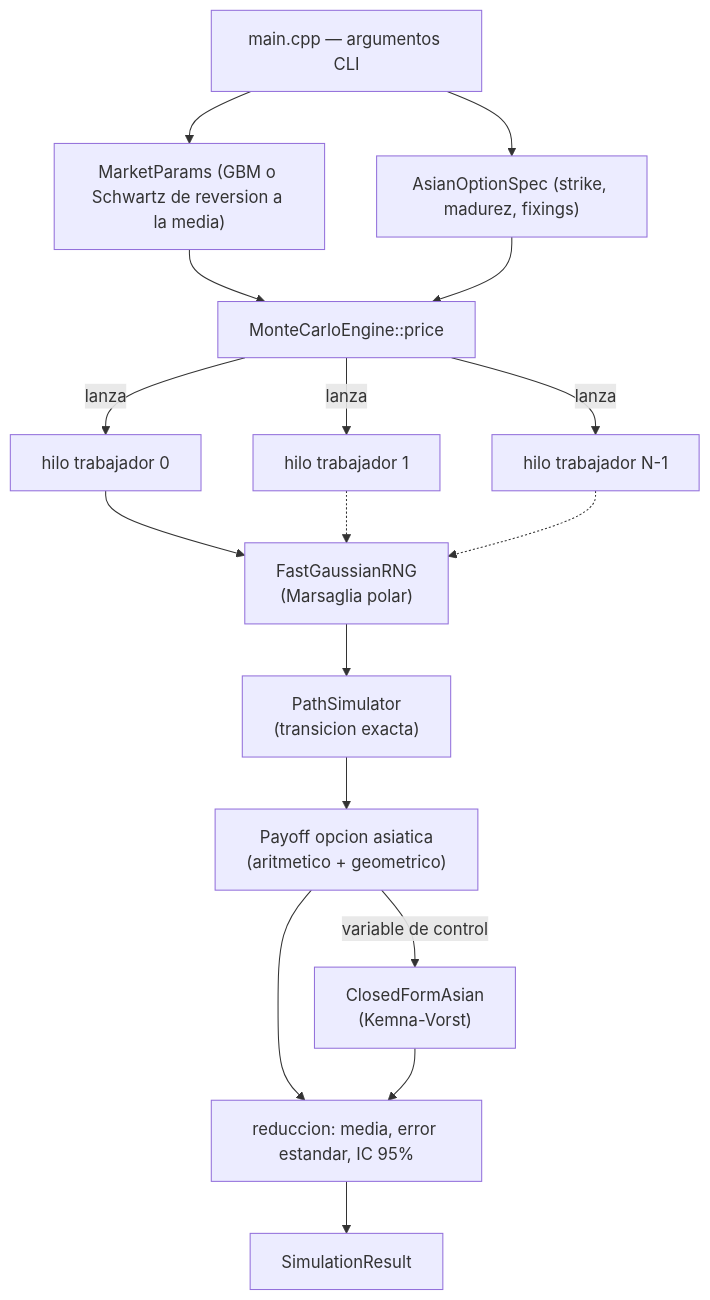
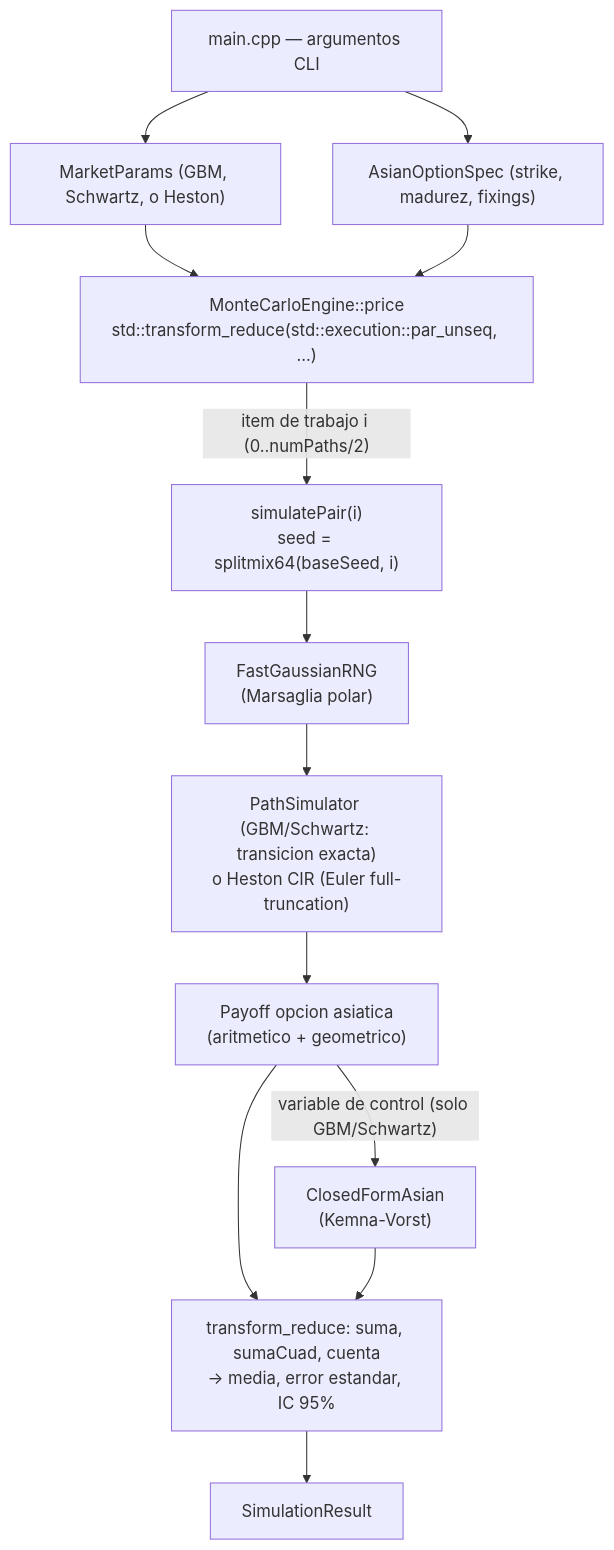
One commit to Rxyxs/copper-options-montecarlo-cpp changed the diagram in README.es.md. Above: the diagram before and after it, drawn with Mermaid. The commit also changed other lines of this file and 8 other files, not shown here.

Commit message:
feat: parallelize Monte Carlo with C++20 std::execution::par_unseq and add Heston stochastic volatility

````diff
--- a/README.es.md
+++ b/README.es.md
@@ -47,19 +51,15 @@
 ```mermaid
 flowchart TD
-    CLI["main.cpp — argumentos CLI"] --> MP["MarketParams (GBM o Schwartz de reversion a la media)"]
+    CLI["main.cpp — argumentos CLI"] --> MP["MarketParams (GBM, Schwartz, o Heston)"]
     CLI --> SPEC["AsianOptionSpec (strike, madurez, fixings)"]
     MP --> ENGINE
-    SPEC --> ENGINE["MonteCarloEngine::price"]
-    ENGINE -->|lanza| T1["hilo trabajador 0"]
-    ENGINE -->|lanza| T2["hilo trabajador 1"]
-    ENGINE -->|lanza| TN["hilo trabajador N-1"]
-    T1 --> RNG1["FastGaussianRNG\n(Marsaglia polar)"]
-    RNG1 --> PATH1["PathSimulator\n(transicion exacta)"]
+    SPEC --> ENGINE["MonteCarloEngine::price\nstd::transform_reduce(std::execution::par_unseq, ...)"]
+    ENGINE -->|"item de trabajo i (0..numPaths/2)"| W1["simulatePair(i)\nseed = splitmix64(baseSeed, i)"]
+    W1 --> RNG1["FastGaussianRNG\n(Marsaglia polar)"]
+    RNG1 --> PATH1["PathSimulator (GBM/Schwartz: transicion exacta)\no Heston CIR (Euler full-truncation)"]
     PATH1 --> PAY1["Payoff opcion asiatica\n(aritmetico + geometrico)"]
-    PAY1 -->|variable de control| CF["ClosedFormAsian\n(Kemna-Vorst)"]
-    T2 -.-> RNG1
-    TN -.-> RNG1
-    PAY1 --> AGG["reduccion: media, error estandar, IC 95%"]
+    PAY1 -->|"variable de control (solo GBM/Schwartz)"| CF["ClosedFormAsian\n(Kemna-Vorst)"]
+    PAY1 --> AGG["transform_reduce: suma, sumaCuad, cuenta\n-> media, error estandar, IC 95%"]
     CF --> AGG
     AGG --> RESULT["SimulationResult"]
 ```
````
